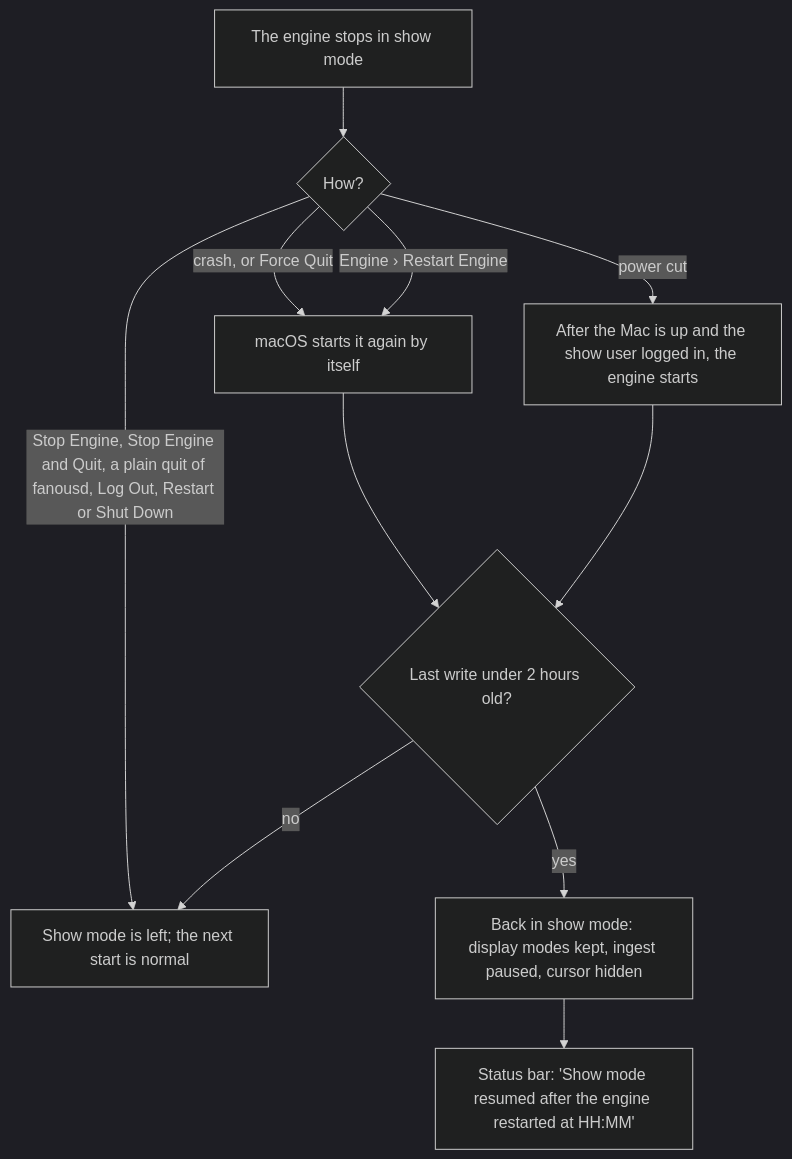
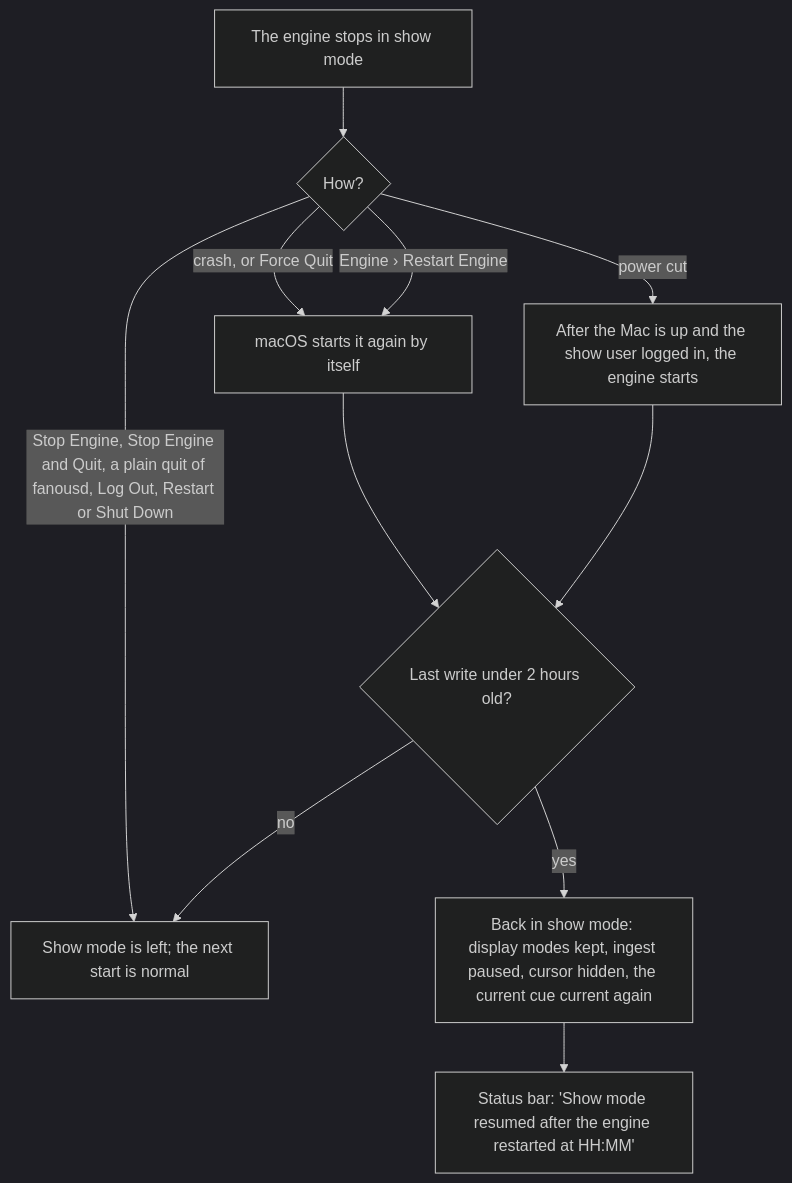
One commit to Timdebruijn/fanous changed the second of 2 diagrams in docs/user/show-day-checklist.md. Above: the diagram before and after it, drawn with Mermaid (dark theme). The commit also changed other lines of this file and 12 other files, not shown here.

First line of the commit message:
Resume the cue list on its current cue when show mode resumes (B284)

````diff
--- a/docs/user/show-day-checklist.md
+++ b/docs/user/show-day-checklist.md
@@ -182,13 +183,13 @@
 ```mermaid
 flowchart TD
   gone["The engine stops in show mode"] --> why{"How?"}
   why -- "crash, or Force Quit" --> auto["macOS starts it again by itself"]
   why -- "Engine › Restart Engine" --> auto
   why -- "Stop Engine, Stop Engine and Quit, a plain quit of fanousd, Log Out, Restart or Shut Down" --> normal["Show mode is left; the next start is normal"]
   why -- "power cut" --> login["After the Mac is up and the show user logged in, the engine starts"]
   auto --> age{"Last write under 2 hours old?"}
   login --> age
-  age -- yes --> resume["Back in show mode: display modes kept, ingest paused, cursor hidden"]
+  age -- yes --> resume["Back in show mode: display modes kept, ingest paused, cursor hidden, the current cue current again"]
   age -- no --> normal
   resume --> banner["Status bar: 'Show mode resumed after the engine restarted at HH:MM'"]
 ```
````
